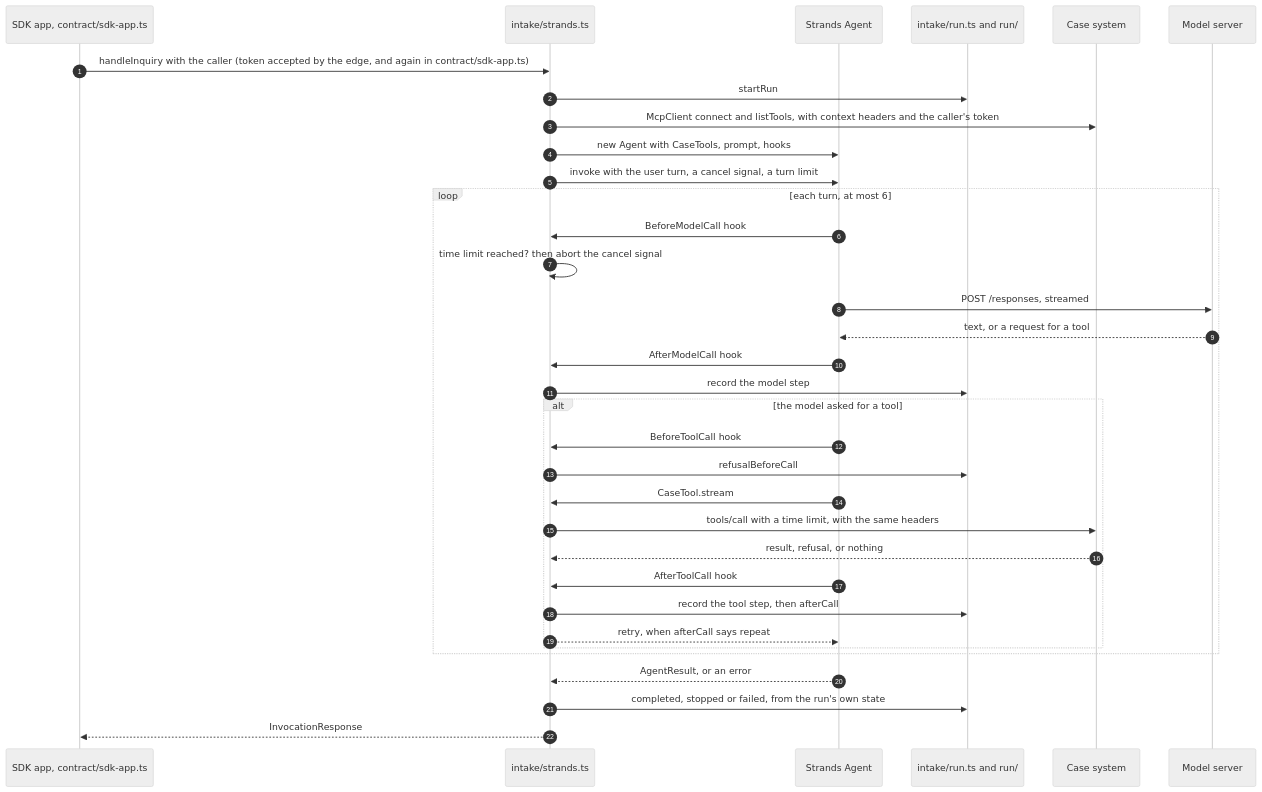
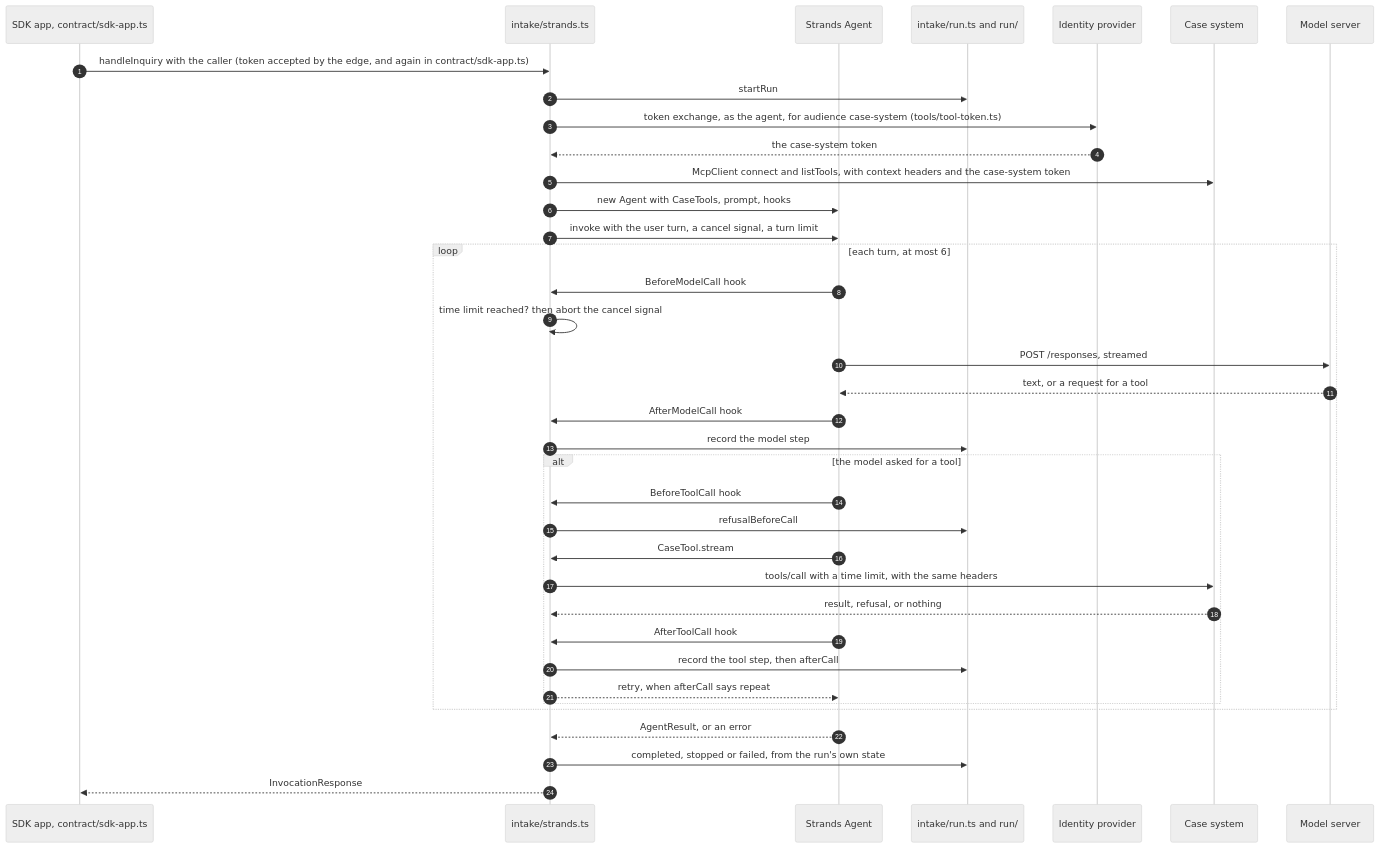
Before and after one commit to AndrewPHunter/ai-on-aws: the second of 2 diagrams in docs/architecture/intake-agent-strands.md, drawn with Mermaid (neutral theme). The commit also changed other lines of this file and 19 other files, not shown here.

First line of the commit message:
Identity: the agents exchange the token they are called with for one meant for their tool server

````diff
--- a/docs/architecture/intake-agent-strands.md
+++ b/docs/architecture/intake-agent-strands.md
@@ -75,37 +80,40 @@
 ```mermaid
 sequenceDiagram
     autonumber
     participant S as SDK app, contract/sdk-app.ts
     participant O as intake/strands.ts
     participant A as Strands Agent
     participant R as intake/run.ts and run/
+    participant I as Identity provider
     participant K as Case system
     participant V as Model server
 
     S->>O: handleInquiry with the caller (token accepted by the edge, and again in contract/sdk-app.ts)
     O->>R: startRun
-    O->>K: McpClient connect and listTools, with context headers and the caller's token
+    O->>I: token exchange, as the agent, for audience case-system (tools/tool-token.ts)
+    I-->>O: the case-system token
+    O->>K: McpClient connect and listTools, with context headers and the case-system token
     O->>A: new Agent with CaseTools, prompt, hooks
     O->>A: invoke with the user turn, a cancel signal, a turn limit
     loop each turn, at most 6
         A->>O: BeforeModelCall hook
         O->>O: time limit reached? then abort the cancel signal
         A->>V: POST /responses, streamed
         V-->>A: text, or a request for a tool
         A->>O: AfterModelCall hook
         O->>R: record the model step
         alt the model asked for a tool
             A->>O: BeforeToolCall hook
             O->>R: refusalBeforeCall
             A->>O: CaseTool.stream
             O->>K: tools/call with a time limit, with the same headers
             K-->>O: result, refusal, or nothing
             A->>O: AfterToolCall hook
             O->>R: record the tool step, then afterCall
             O-->>A: retry, when afterCall says repeat
         end
     end
     A-->>O: AgentResult, or an error
     O->>R: completed, stopped or failed, from the run's own state
     O-->>S: InvocationResponse
 ```
````
